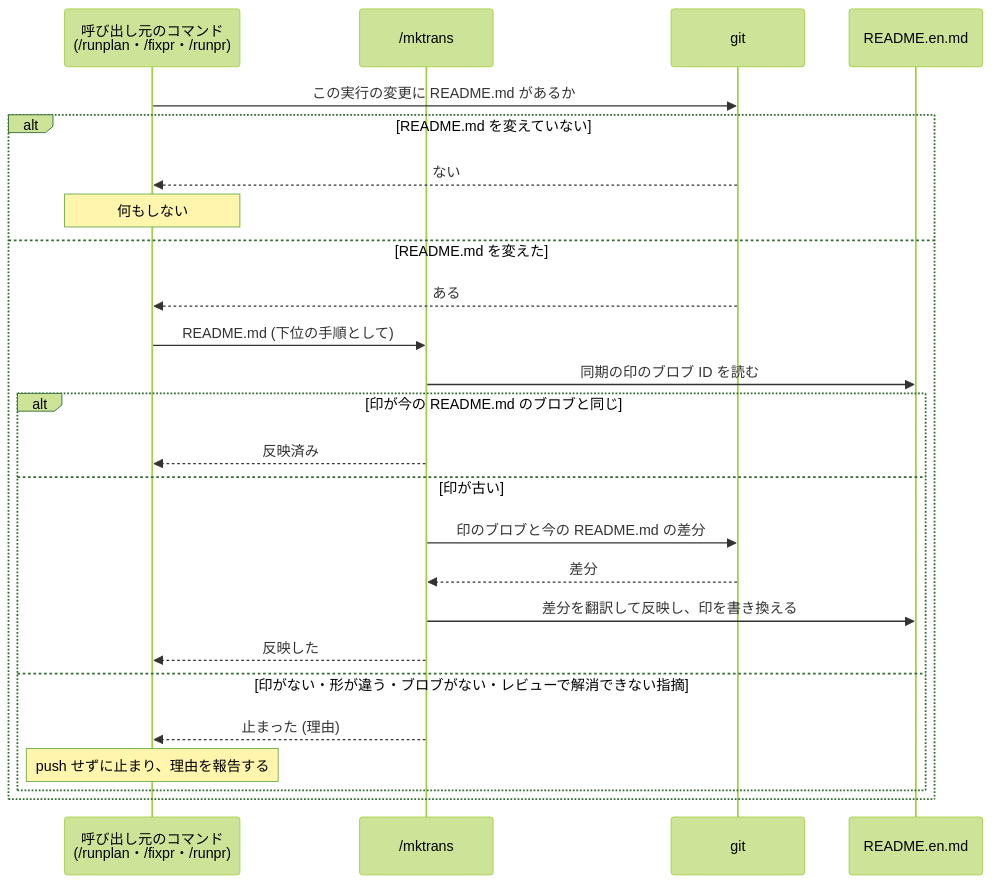
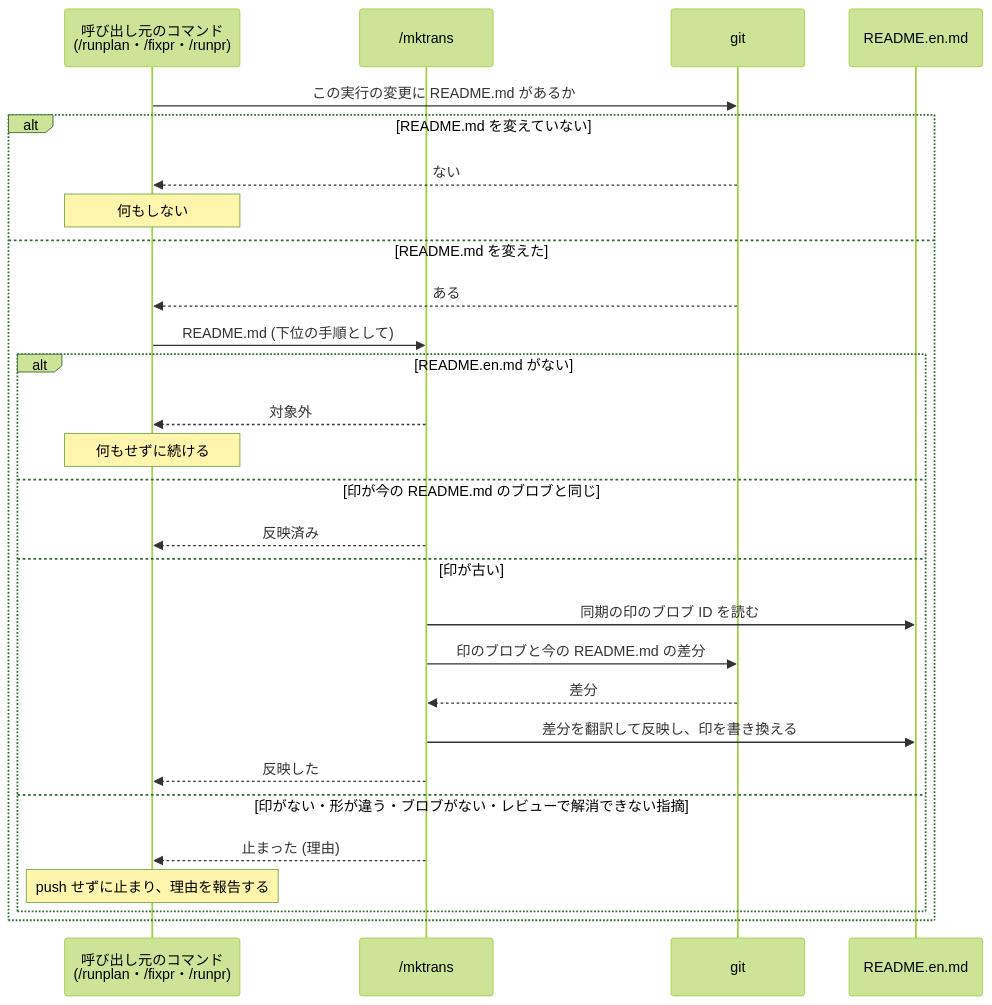
The fifth of 7 diagrams in docs/tasks/0048_doc_language_policy/02_architecture.md (isseis/yt2column), drawn with Mermaid (forest theme) before and after one commit. The commit also changed other lines of this file, not shown here.

First line of the commit message:
docs(0048): address the architecture review findings

````diff
--- a/docs/tasks/0048_doc_language_policy/02_architecture.md
+++ b/docs/tasks/0048_doc_language_policy/02_architecture.md
@@ -190,28 +188,31 @@
 ```mermaid
 sequenceDiagram
     participant C as 呼び出し元のコマンド<br>(/runplan・/fixpr・/runpr)
     participant T as /mktrans
     participant G as git
     participant E as README.en.md
 
     C->>G: この実行の変更に README.md があるか
     alt README.md を変えていない
         G-->>C: ない
         Note over C: 何もしない
     else README.md を変えた
         G-->>C: ある
         C->>T: README.md (下位の手順として)
-        T->>E: 同期の印のブロブ ID を読む
-        alt 印が今の README.md のブロブと同じ
+        alt README.en.md がない
+            T-->>C: 対象外
+            Note over C: 何もせずに続ける
+        else 印が今の README.md のブロブと同じ
             T-->>C: 反映済み
         else 印が古い
+            T->>E: 同期の印のブロブ ID を読む
             T->>G: 印のブロブと今の README.md の差分
             G-->>T: 差分
             T->>E: 差分を翻訳して反映し、印を書き換える
             T-->>C: 反映した
         else 印がない・形が違う・ブロブがない・レビューで解消できない指摘
             T-->>C: 止まった (理由)
             Note over C: push せずに止まり、理由を報告する
         end
     end
 ```
````
